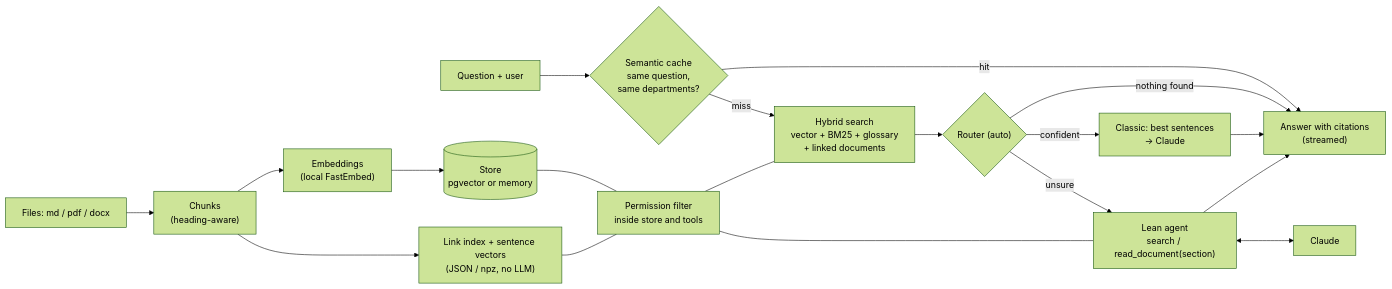
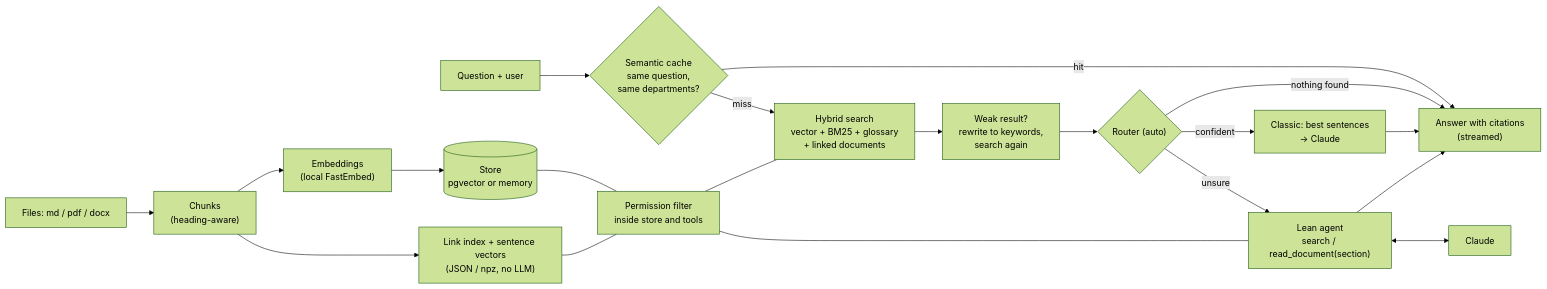
The diagram in README.md (omaraldulimay/knowledge-search), drawn with Mermaid (forest theme) before and after one commit. The commit also changed other lines of this file and 3 other files, not shown here.

````diff
--- a/README.md
+++ b/README.md
@@ -20,23 +21,24 @@
 ```mermaid
 flowchart LR
   F["Files: md / pdf / docx"] --> C["Chunks<br/>(heading-aware)"]
   C --> E["Embeddings<br/>(local FastEmbed)"]
   E --> S[("Store<br/>pgvector or memory")]
   C --> K["Link index + sentence vectors<br/>(JSON / npz, no LLM)"]
 
   Q["Question + user"] --> CA{"Semantic cache<br/>same question,<br/>same departments?"}
   CA -->|hit| A
   CA -->|miss| H["Hybrid search<br/>vector + BM25 + glossary<br/>+ linked documents"]
-  H --> R{"Router (auto)"}
+  H --> W["Weak result?<br/>rewrite to keywords,<br/>search again"]
+  W --> R{"Router (auto)"}
   R -->|nothing found| A
   R -->|confident| CL["Classic: best sentences<br/>-> Claude"]
   R -->|unsure| T["Lean agent<br/>search / read_document(section)"]
   CL --> A["Answer with citations<br/>(streamed)"]
   T <--> L["Claude"]
   T --> A
 
   S --- P["Permission filter<br/>inside store and tools"]
   K --- P
   P --- H
   P --- T
 ```
````
